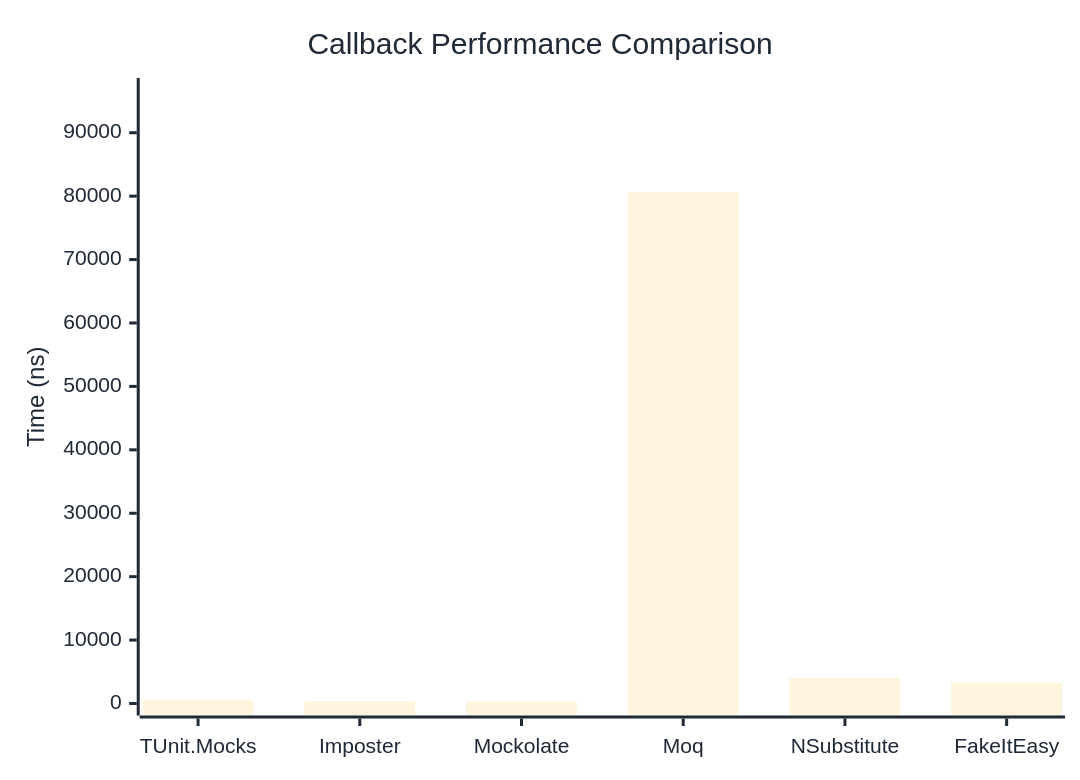
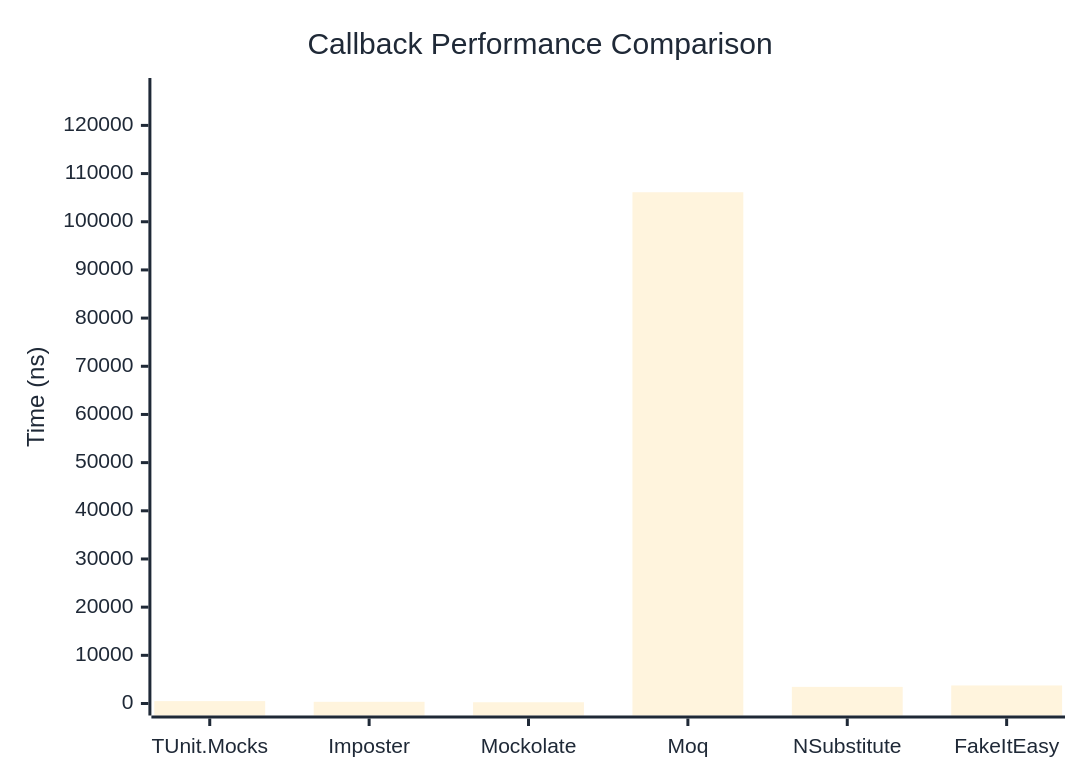
One commit to thomhurst/TUnit changed the first of 2 diagrams in docs/docs/benchmarks/mocks/Callback.md. Above: the diagram before and after it, drawn with Mermaid. The commit also changed other lines of this file and 14 other files, not shown here.

````diff
--- a/docs/docs/benchmarks/mocks/Callback.md
+++ b/docs/docs/benchmarks/mocks/Callback.md
@@ -30,27 +30,27 @@
 ```mermaid
 %%{init: {
   'theme':'base',
   'themeVariables': {
     'primaryColor': '#2563eb',
     'primaryTextColor': '#1f2937',
     'primaryBorderColor': '#1e40af',
     'lineColor': '#6b7280',
     'secondaryColor': '#7c3aed',
     'tertiaryColor': '#dc2626',
     'background': '#ffffff',
     'pie1': '#2563eb',
     'pie2': '#7c3aed',
     'pie3': '#dc2626',
     'pie4': '#f59e0b',
     'pie5': '#10b981',
     'pie6': '#06b6d4',
     'pie7': '#ec4899',
     'pie8': '#6366f1'
   }
 }}%%
 xychart-beta
   title "Callback Performance Comparison"
   x-axis ["TUnit.Mocks", "Imposter", "Mockolate", "Moq", "NSubstitute", "FakeItEasy"]
-  y-axis "Time (ns)" 0 --> 96738
-  bar [616.1, 402.3, 313.2, 80614.9, 4005.9, 3283.2]
+  y-axis "Time (ns)" 0 --> 127348
+  bar [497.6, 349.7, 258.9, 106123.3, 3449.6, 3744.1]
 ```
````
